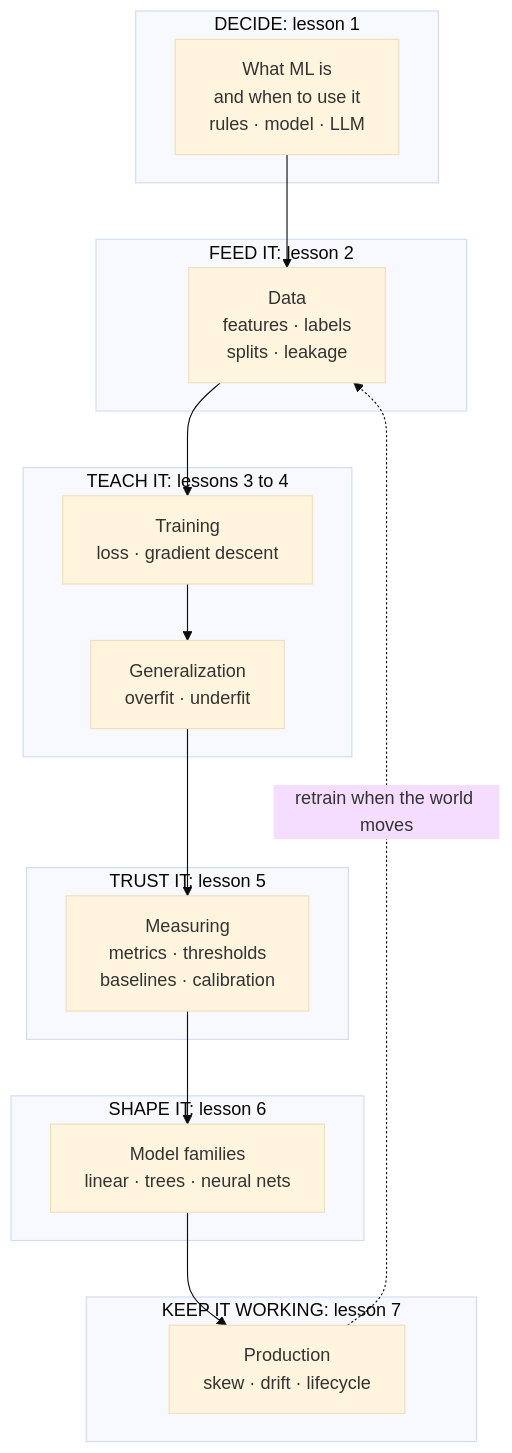
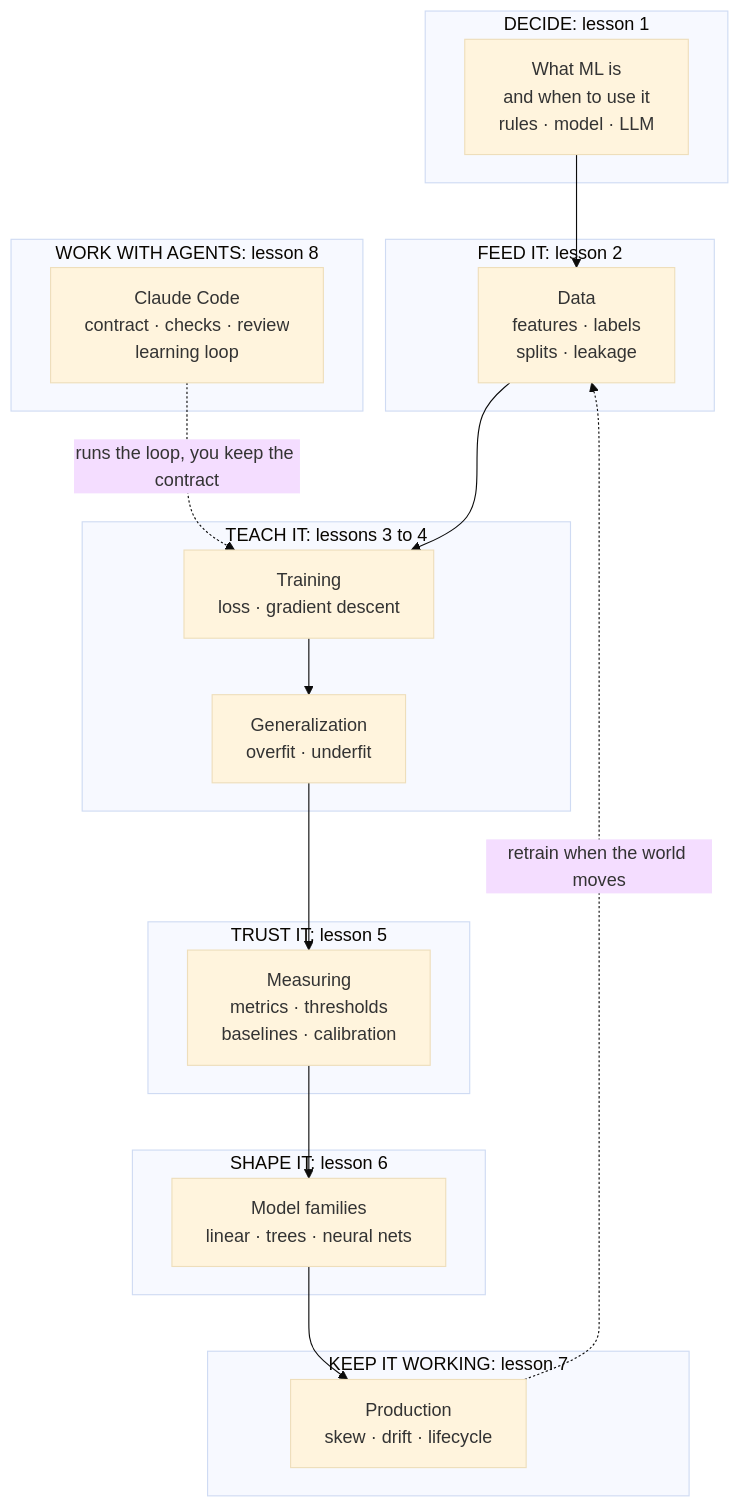
The diagram in machine-learning/README.md (aakashagg123/gatsby), drawn with Mermaid (base theme) before and after one commit. The commit also changed other lines of this file and 35 other files, not shown here.

First line of the commit message:
Add lesson 8 to the machine-learning module: learning and doing ML with Claude Code

````diff
--- a/machine-learning/README.md
+++ b/machine-learning/README.md
@@ -32,24 +32,28 @@
 ```mermaid
 flowchart TB
   subgraph DECIDE["DECIDE: lesson 1"]
     W["What ML is<br/>and when to use it<br/>rules · model · LLM"]
   end
   subgraph FEED["FEED IT: lesson 2"]
     D["Data<br/>features · labels<br/>splits · leakage"]
   end
   subgraph LEARN["TEACH IT: lessons 3 to 4"]
     T["Training<br/>loss · gradient descent"]
     G["Generalization<br/>overfit · underfit"]
   end
   subgraph JUDGE["TRUST IT: lesson 5"]
     M["Measuring<br/>metrics · thresholds<br/>baselines · calibration"]
   end
   subgraph CHOOSE["SHAPE IT: lesson 6"]
     F["Model families<br/>linear · trees · neural nets"]
   end
   subgraph RUN["KEEP IT WORKING: lesson 7"]
     P["Production<br/>skew · drift · lifecycle"]
   end
+  subgraph AGENT["WORK WITH AGENTS: lesson 8"]
+    C["Claude Code<br/>contract · checks · review<br/>learning loop"]
+  end
   W --> D --> T --> G --> M --> F --> P
   P -. "retrain when the world moves" .-> D
+  C -. "runs the loop, you keep the contract" .-> T
 ```
````
